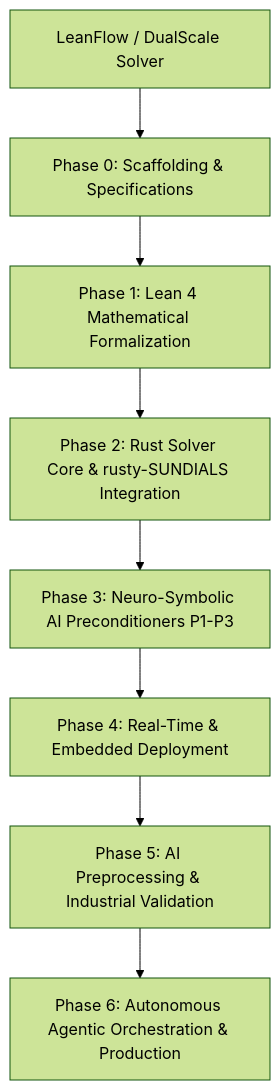
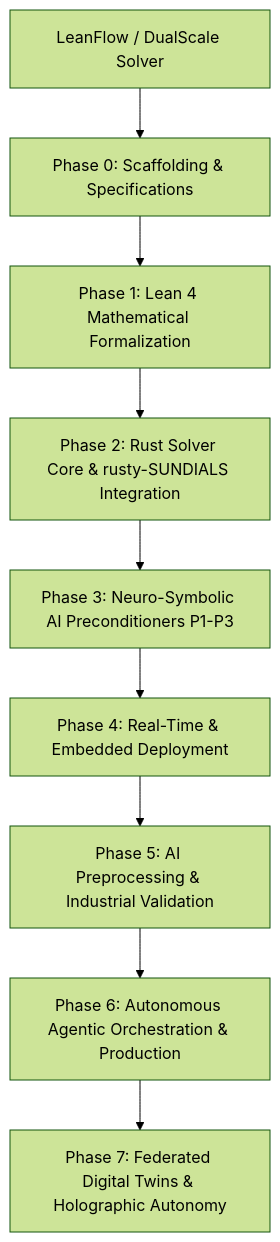
The diagram in PLAN.md (xaviercallens/SocrateAI-Numeric-DualScale-Solver), drawn with Mermaid (forest theme) before and after one commit. The commit also changed other lines of this file and 64 other files, not shown here.

````diff
--- a/PLAN.md
+++ b/PLAN.md
@@ -12,10 +12,11 @@
 ```mermaid
 graph TD
     A[LeanFlow / DualScale Solver] --> B[Phase 0: Scaffolding & Specifications]
     B --> C[Phase 1: Lean 4 Mathematical Formalization]
     C --> D[Phase 2: Rust Solver Core & rusty-SUNDIALS Integration]
     D --> E[Phase 3: Neuro-Symbolic AI Preconditioners P1-P3]
     E --> F[Phase 4: Real-Time & Embedded Deployment]
     F --> G[Phase 5: AI Preprocessing & Industrial Validation]
     G --> H[Phase 6: Autonomous Agentic Orchestration & Production]
+    H --> I[Phase 7: Federated Digital Twins & Holographic Autonomy]
 ```
````
